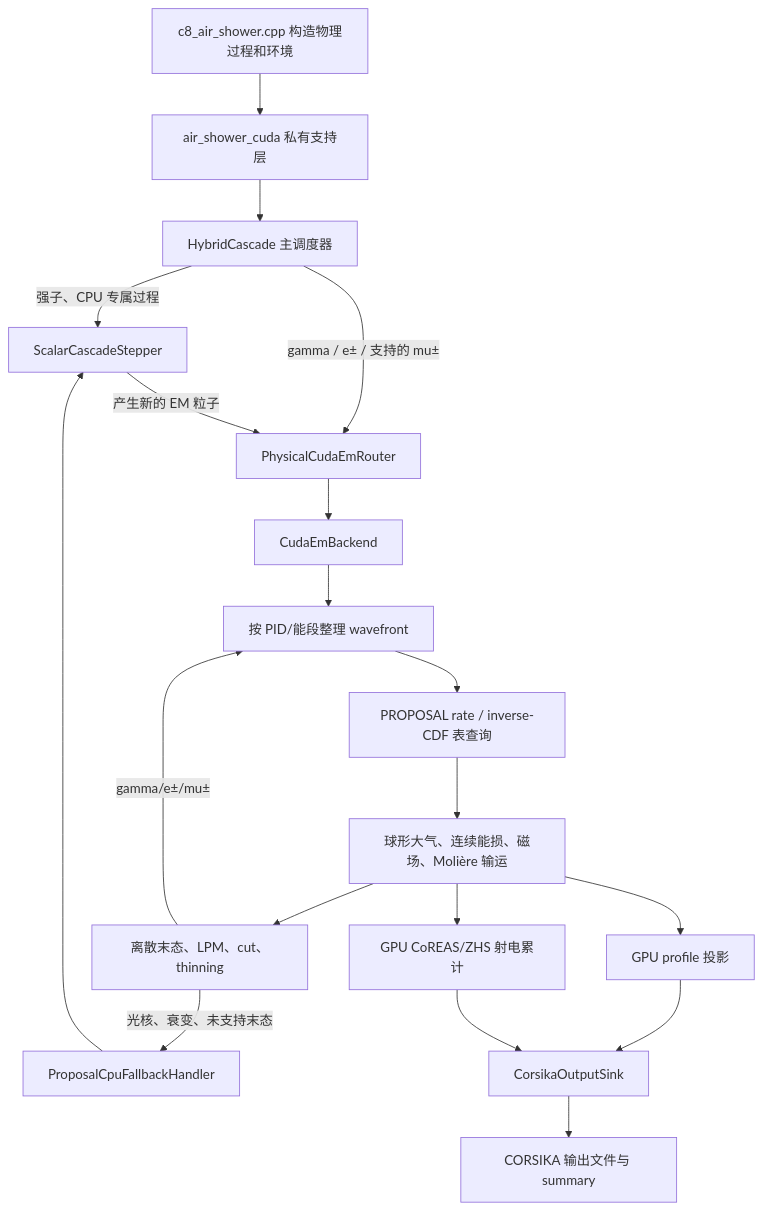
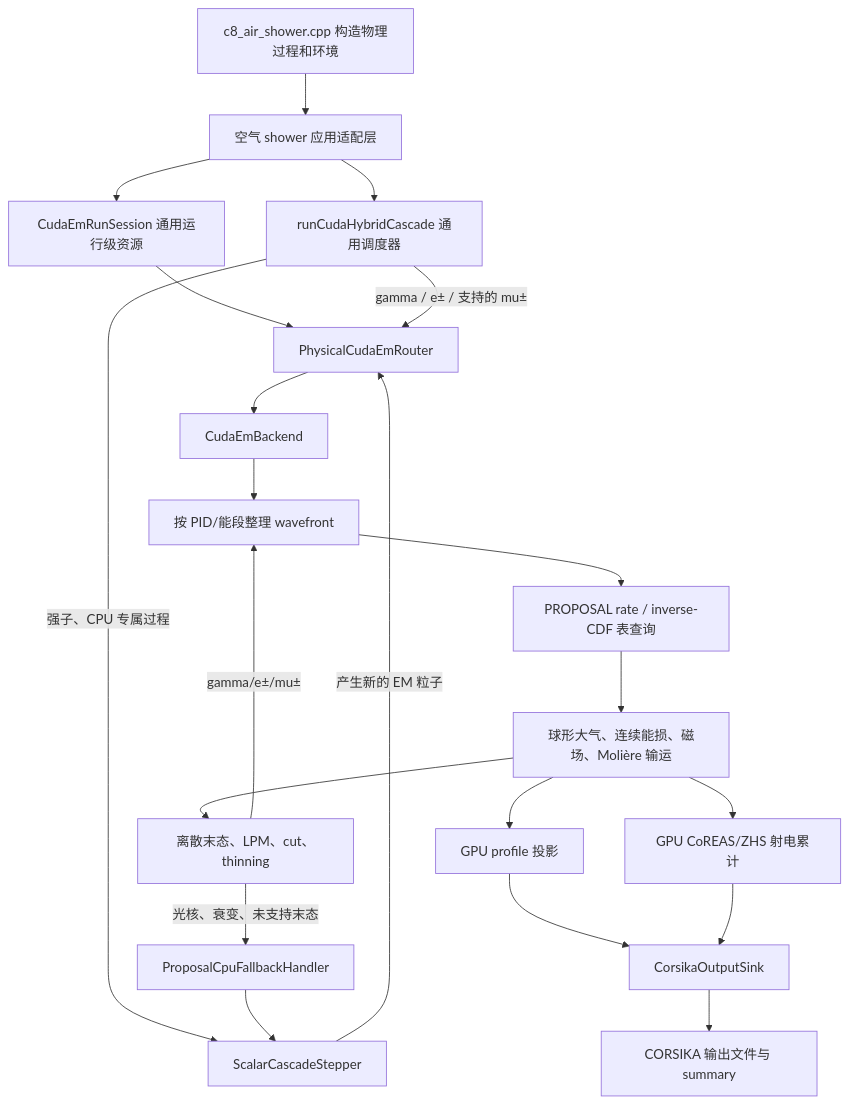
One commit to BossL668/CORSIKA8-kokkos changed the diagram in documentation/cuda_em_refactor/beta4_cuda_gpu_source_code_guide_CN.md. Above: the diagram before and after it, drawn with Mermaid. The commit also changed other lines of this file and 19 other files, not shown here.

Commit message:
Refactor reusable CUDA air shower runtime

````diff
--- a/documentation/cuda_em_refactor/beta4_cuda_gpu_source_code_guide_CN.md
+++ b/documentation/cuda_em_refactor/beta4_cuda_gpu_source_code_guide_CN.md
@@ -30,21 +30,23 @@
 ```mermaid
 flowchart TD
-    A[c8_air_shower.cpp 构造物理过程和环境] --> A1[air_shower_cuda 私有支持层]
-    A1 --> B[HybridCascade 主调度器]
+    A[c8_air_shower.cpp 构造物理过程和环境] --> A1[空气 shower 应用适配层]
+    A1 --> A2[CudaEmRunSession 通用运行级资源]
+    A1 --> B[runCudaHybridCascade 通用调度器]
+    A2 --> D[PhysicalCudaEmRouter]
     B -->|强子、CPU 专属过程| C[ScalarCascadeStepper]
     B -->|gamma / e± / 支持的 mu±| D[PhysicalCudaEmRouter]
     D --> E[CudaEmBackend]
     E --> F[按 PID/能段整理 wavefront]
     F --> G[PROPOSAL rate / inverse-CDF 表查询]
     G --> H[球形大气、连续能损、磁场、Molière 输运]
     H --> I[离散末态、LPM、cut、thinning]
     I -->|gamma/e±/mu±| F
     I -->|光核、衰变、未支持末态| J[ProposalCpuFallbackHandler]
     J --> C
     H --> K[GPU profile 投影]
     H --> L[GPU CoREAS/ZHS 射电累计]
     K --> M[CorsikaOutputSink]
     L --> M
     C -->|产生新的 EM 粒子| D
     M --> N[CORSIKA 输出文件与 summary]
 ```
````
